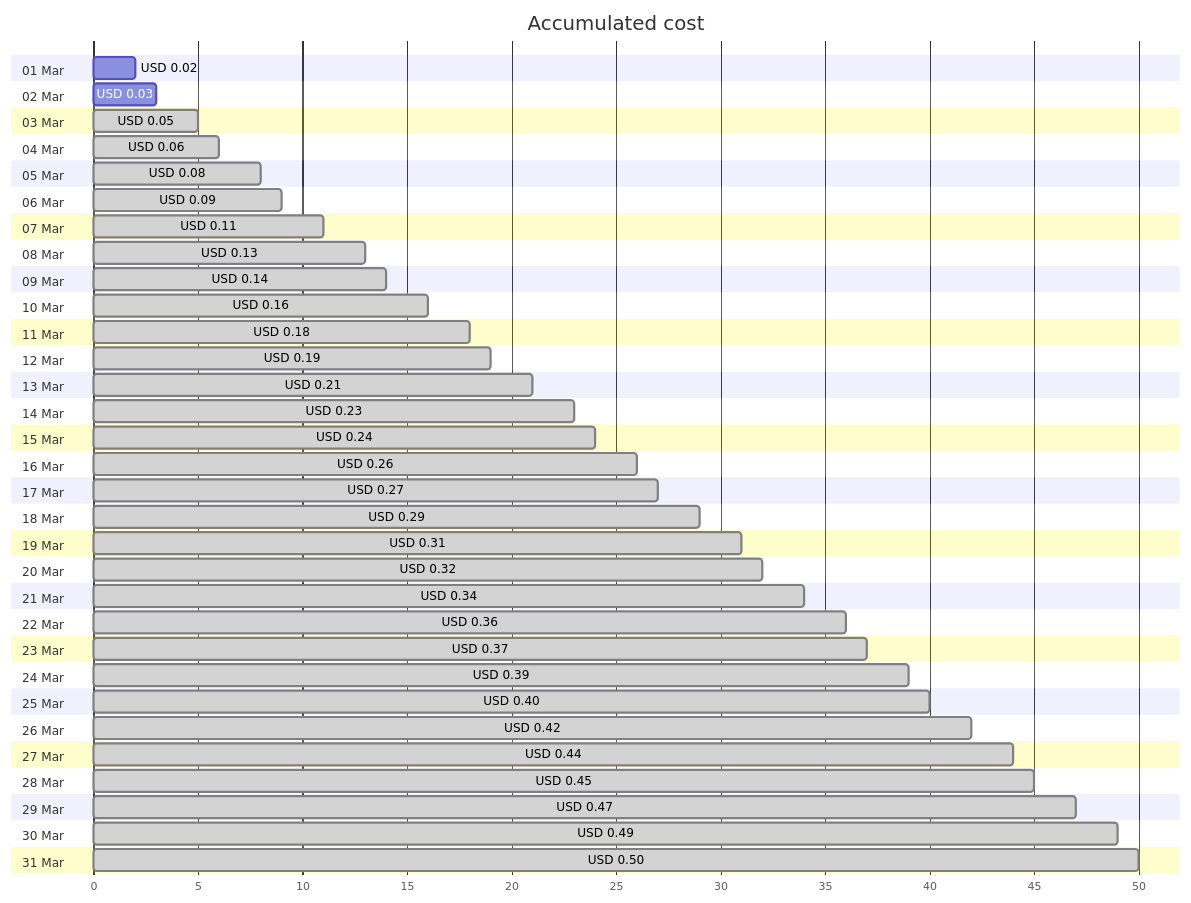
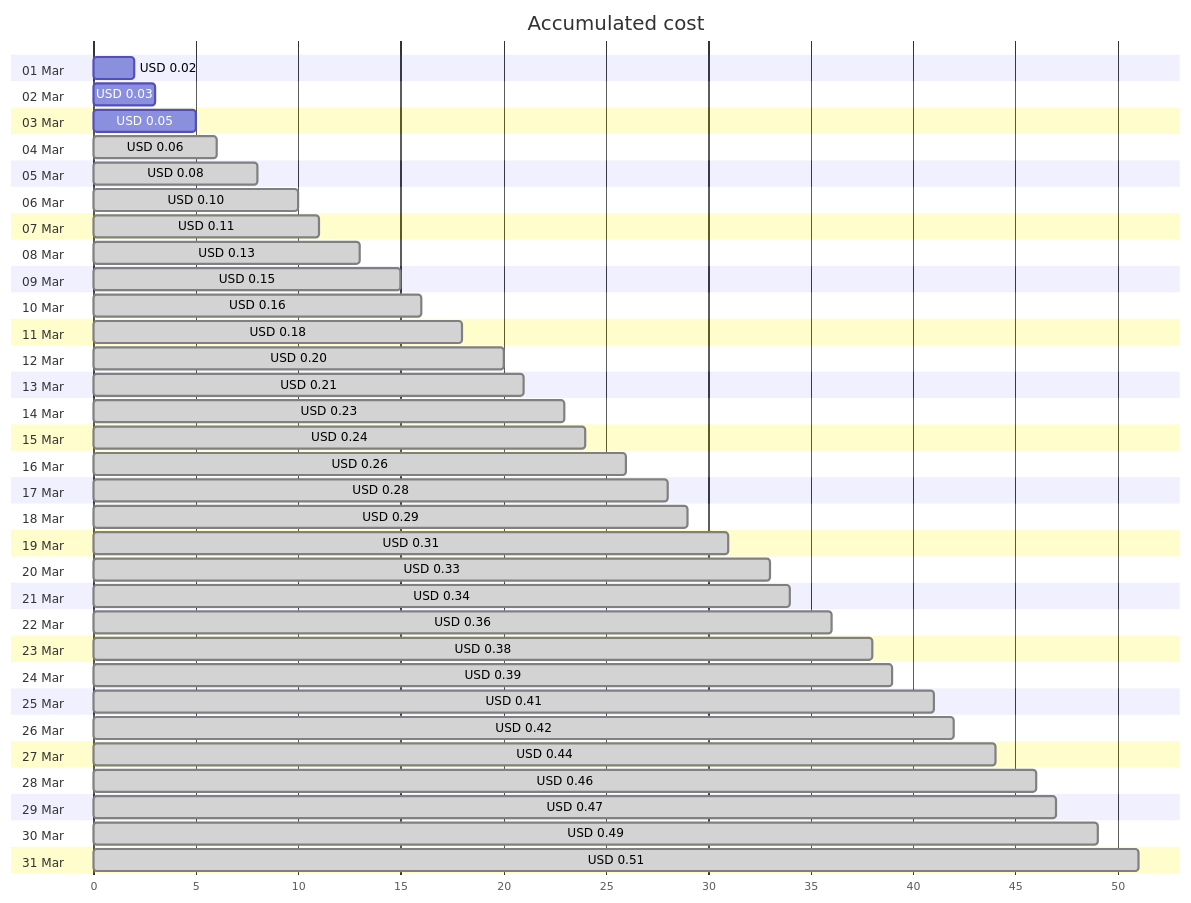
One commit to jpfulton/azure-personal-reports changed the first of 4 diagrams in cost-reports/personal-dns/jpatrickfulton.dev.md. Above: the diagram before and after it, drawn with Mermaid. The commit also changed other lines of this file and 2 other files, not shown here.

````diff
--- a/cost-reports/personal-dns/jpatrickfulton.dev.md
+++ b/cost-reports/personal-dns/jpatrickfulton.dev.md
@@ -20,68 +20,68 @@
 ```mermaid
 gantt
    title Accumulated cost
    dateFormat  X
    axisFormat %s
    section 01 Mar
    USD 0.02 :0, 2
    section 02 Mar
    USD 0.03 :0, 3
    section 03 Mar
-   USD 0.05 : done, 0, 5
+   USD 0.05 :0, 5
    section 04 Mar
    USD 0.06 : done, 0, 6
    section 05 Mar
    USD 0.08 : done, 0, 8
    section 06 Mar
-   USD 0.09 : done, 0, 9
+   USD 0.10 : done, 0, 10
    section 07 Mar
    USD 0.11 : done, 0, 11
    section 08 Mar
    USD 0.13 : done, 0, 13
    section 09 Mar
-   USD 0.14 : done, 0, 14
+   USD 0.15 : done, 0, 15
    section 10 Mar
    USD 0.16 : done, 0, 16
    section 11 Mar
    USD 0.18 : done, 0, 18
    section 12 Mar
-   USD 0.19 : done, 0, 19
+   USD 0.20 : done, 0, 20
    section 13 Mar
    USD 0.21 : done, 0, 21
    section 14 Mar
    USD 0.23 : done, 0, 23
    section 15 Mar
    USD 0.24 : done, 0, 24
    section 16 Mar
    USD 0.26 : done, 0, 26
    section 17 Mar
-   USD 0.27 : done, 0, 27
+   USD 0.28 : done, 0, 28
    section 18 Mar
    USD 0.29 : done, 0, 29
    section 19 Mar
    USD 0.31 : done, 0, 31
    section 20 Mar
-   USD 0.32 : done, 0, 32
+   USD 0.33 : done, 0, 33
    section 21 Mar
    USD 0.34 : done, 0, 34
    section 22 Mar
    USD 0.36 : done, 0, 36
    section 23 Mar
-   USD 0.37 : done, 0, 37
+   USD 0.38 : done, 0, 38
    section 24 Mar
    USD 0.39 : done, 0, 39
    section 25 Mar
-   USD 0.40 : done, 0, 40
+   USD 0.41 : done, 0, 41
    section 26 Mar
    USD 0.42 : done, 0, 42
    section 27 Mar
    USD 0.44 : done, 0, 44
    section 28 Mar
-   USD 0.45 : done, 0, 45
+   USD 0.46 : done, 0, 46
    section 29 Mar
    USD 0.47 : done, 0, 47
    section 30 Mar
    USD 0.49 : done, 0, 49
    section 31 Mar
-   USD 0.50 : done, 0, 50
+   USD 0.51 : done, 0, 51
 ```
````
